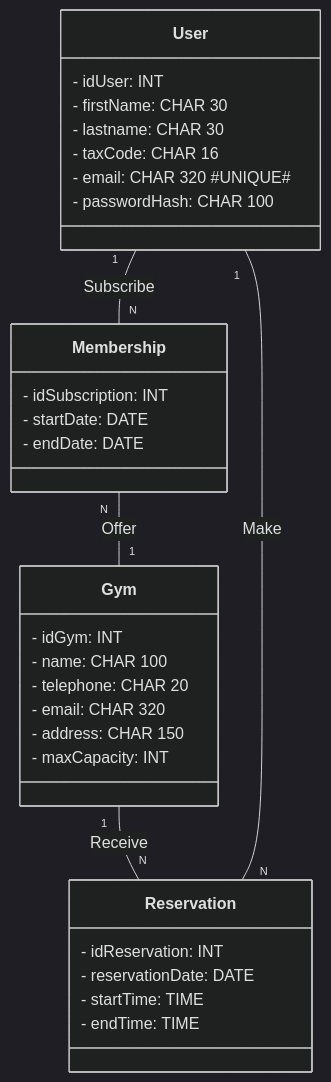
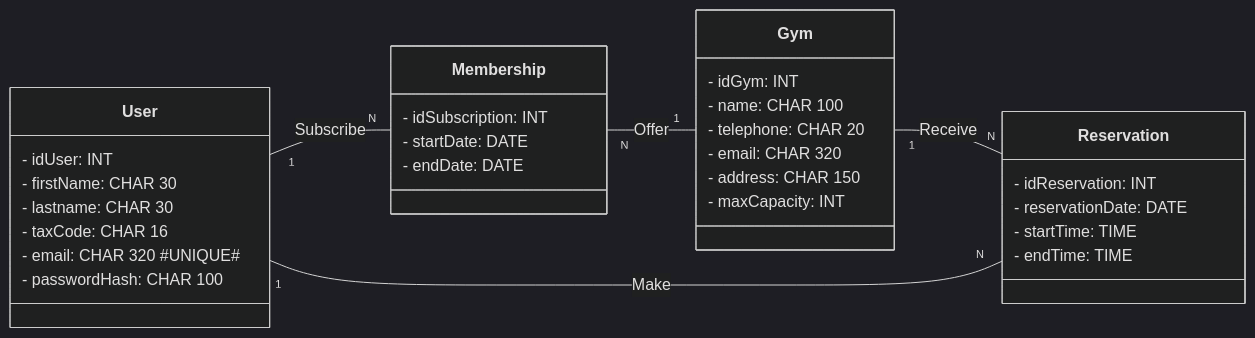
One commit to marcxzz/LiftWise changed the diagram in README.md. Above: the diagram before and after it, drawn with Mermaid (dark theme). The commit also changed other lines of this file, not shown here.

````diff
--- a/README.md
+++ b/README.md
@@ -32,39 +32,40 @@
 ```mermaid
     classDiagram
+    direction LR
     
     class User {
         - idUser: INT
         - firstName: CHAR 30
         - lastname: CHAR 30
         - taxCode: CHAR 16
         - email: CHAR 320 #UNIQUE#
         - passwordHash: CHAR 100
     }
 
     class Gym {
         - idGym: INT
         - name: CHAR 100
         - telephone: CHAR 20
         - email: CHAR 320
         - address: CHAR 150
         - maxCapacity: INT
     }
 
     class Membership {
         - idSubscription: INT
         - startDate: DATE
         - endDate: DATE
     }
 
     class Reservation {
         - idReservation: INT
         - reservationDate: DATE
         - startTime: TIME
         - endTime: TIME
     }
 
     User "1" -- "N" Membership : Subscribe
     Membership "N" -- "1" Gym : Offer
     Gym "1" -- "N" Reservation : Receive
     Reservation "N" -- "1" User : Make
 ```
````
